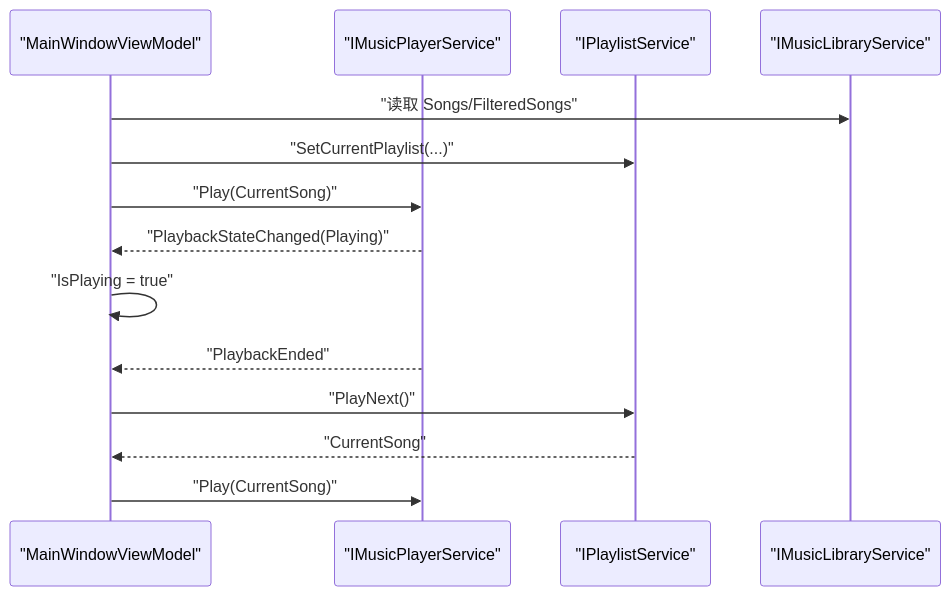
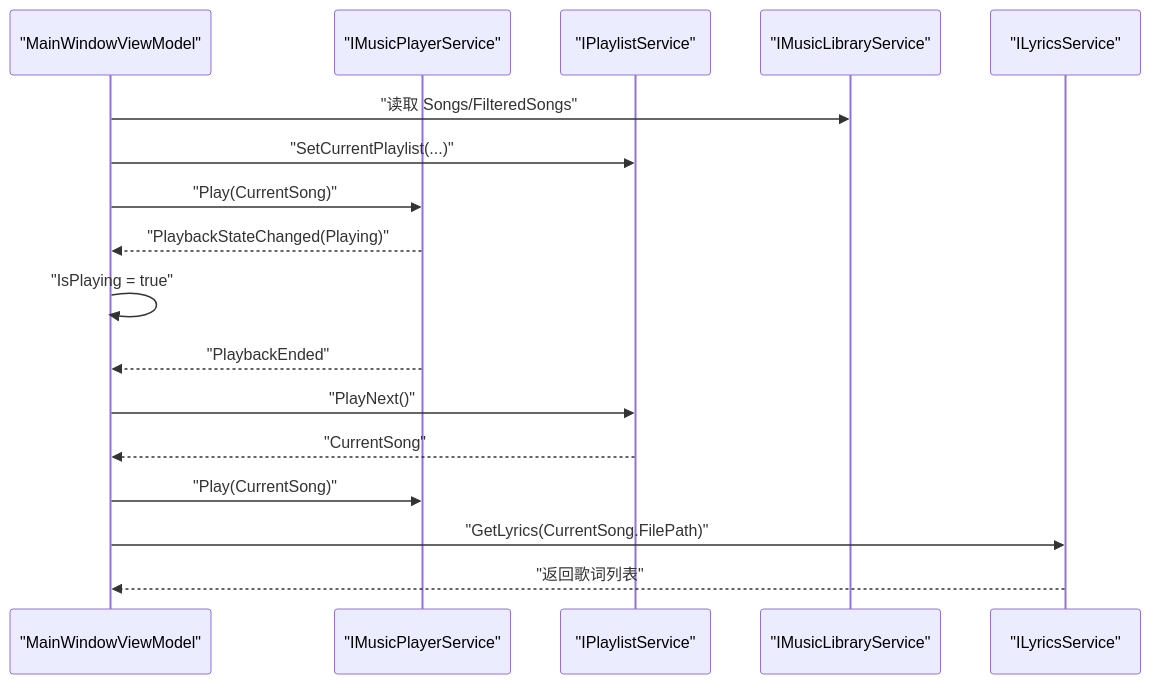
One commit to mariamjensen42-glitch/LocalMusicPlayer changed the sixth of 10 diagrams in .qoder/repowiki/zh/content/视图模型层/主窗口视图模型.md. Above: the diagram before and after it, drawn with Mermaid. The commit also changed other lines of this file and 23 other files, not shown here.

````diff
--- a/.qoder/repowiki/zh/content/视图模型层/主窗口视图模型.md
+++ b/.qoder/repowiki/zh/content/视图模型层/主窗口视图模型.md
@@ -248,16 +278,19 @@
 ```mermaid
 sequenceDiagram
 participant VM as "MainWindowViewModel"
 participant MP as "IMusicPlayerService"
 participant PL as "IPlaylistService"
 participant ML as "IMusicLibraryService"
+participant LS as "ILyricsService"
 VM->>ML : "读取 Songs/FilteredSongs"
 VM->>PL : "SetCurrentPlaylist(...)"
 VM->>MP : "Play(CurrentSong)"
 MP-->>VM : "PlaybackStateChanged(Playing)"
 VM->>VM : "IsPlaying = true"
 MP-->>VM : "PlaybackEnded"
 VM->>PL : "PlayNext()"
 PL-->>VM : "CurrentSong"
 VM->>MP : "Play(CurrentSong)"
+VM->>LS : "GetLyrics(CurrentSong.FilePath)"
+LS-->>VM : "返回歌词列表"
 ```
````
